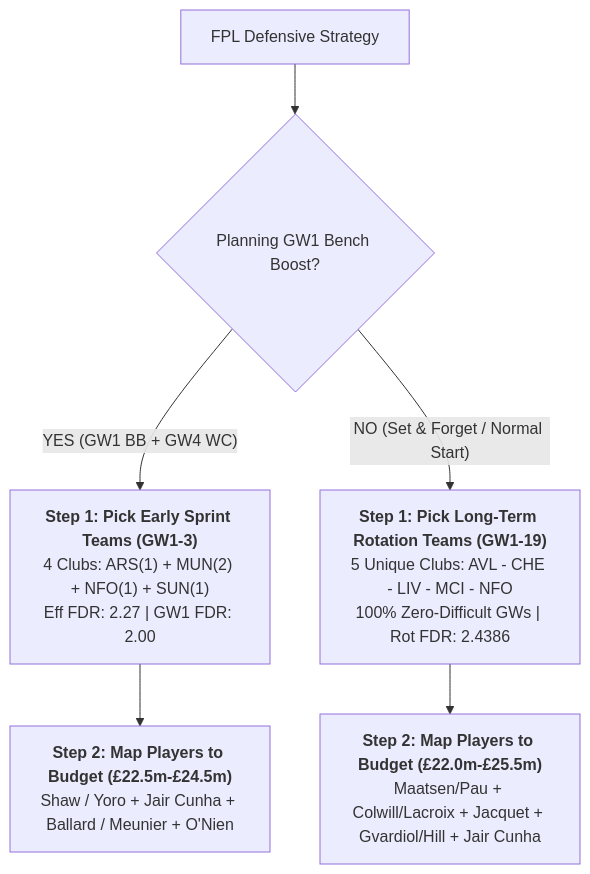
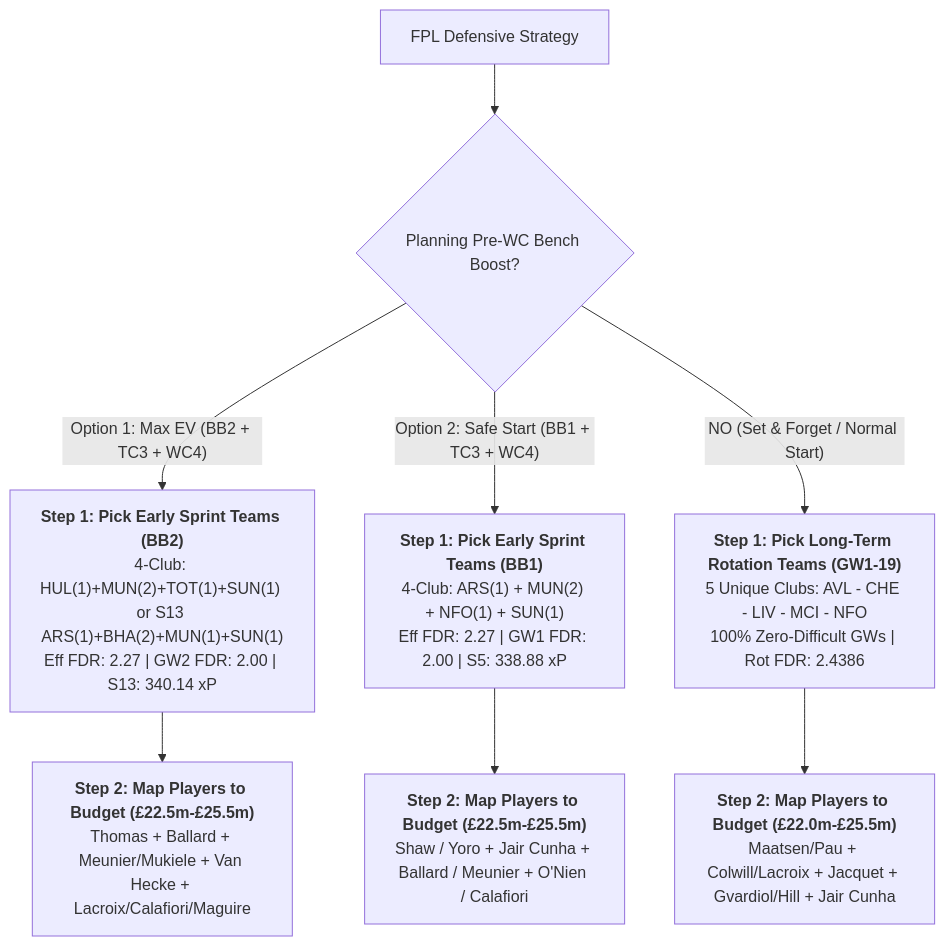
The second of 2 diagrams in docs/research/def-fixture-rotation/def-fixture-rotation.md (JubileeZ/fpl-jubilee-ascent), drawn with Mermaid before and after one commit. The commit also changed other lines of this file and 26 other files, not shown here.

````diff
--- a/docs/research/def-fixture-rotation/def-fixture-rotation.md
+++ b/docs/research/def-fixture-rotation/def-fixture-rotation.md
@@ -383,9 +441,11 @@
 ```mermaid
 graph TD
-    A["FPL Defensive Strategy"] --> B{"Planning GW1 Bench Boost?"}
-    B -- "YES (GW1 BB + GW4 WC)" --> C["<b>Step 1: Pick Early Sprint Teams (GW1-3)</b><br>4 Clubs: ARS(1) + MUN(2) + NFO(1) + SUN(1)<br>Eff FDR: 2.27 | GW1 FDR: 2.00"]
+    A["FPL Defensive Strategy"] --> B{"Planning Pre-WC Bench Boost?"}
+    B -- "Option 1: Max EV (BB2 + TC3 + WC4)" --> C1["<b>Step 1: Pick Early Sprint Teams (BB2)</b><br>4-Club: HUL(1)+MUN(2)+TOT(1)+SUN(1) or S13 ARS(1)+BHA(2)+MUN(1)+SUN(1)<br>Eff FDR: 2.27 | GW2 FDR: 2.00 | S13: 340.14 xP"]
+    B -- "Option 2: Safe Start (BB1 + TC3 + WC4)" --> C2["<b>Step 1: Pick Early Sprint Teams (BB1)</b><br>4-Club: ARS(1) + MUN(2) + NFO(1) + SUN(1)<br>Eff FDR: 2.27 | GW1 FDR: 2.00 | S5: 338.88 xP"]
     B -- "NO (Set & Forget / Normal Start)" --> D["<b>Step 1: Pick Long-Term Rotation Teams (GW1-19)</b><br>5 Unique Clubs: AVL - CHE - LIV - MCI - NFO<br>100% Zero-Difficult GWs | Rot FDR: 2.4386"]
     
-    C --> E["<b>Step 2: Map Players to Budget (£22.5m-£24.5m)</b><br>Shaw / Yoro + Jair Cunha + Ballard / Meunier + O'Nien"]
+    C1 --> E1["<b>Step 2: Map Players to Budget (£22.5m-£25.5m)</b><br>Thomas + Ballard + Meunier/Mukiele + Van Hecke + Lacroix/Calafiori/Maguire"]
+    C2 --> E2["<b>Step 2: Map Players to Budget (£22.5m-£25.5m)</b><br>Shaw / Yoro + Jair Cunha + Ballard / Meunier + O'Nien / Calafiori"]
     D --> F["<b>Step 2: Map Players to Budget (£22.0m-£25.5m)</b><br>Maatsen/Pau + Colwill/Lacroix + Jacquet + Gvardiol/Hill + Jair Cunha"]
 ```
````
